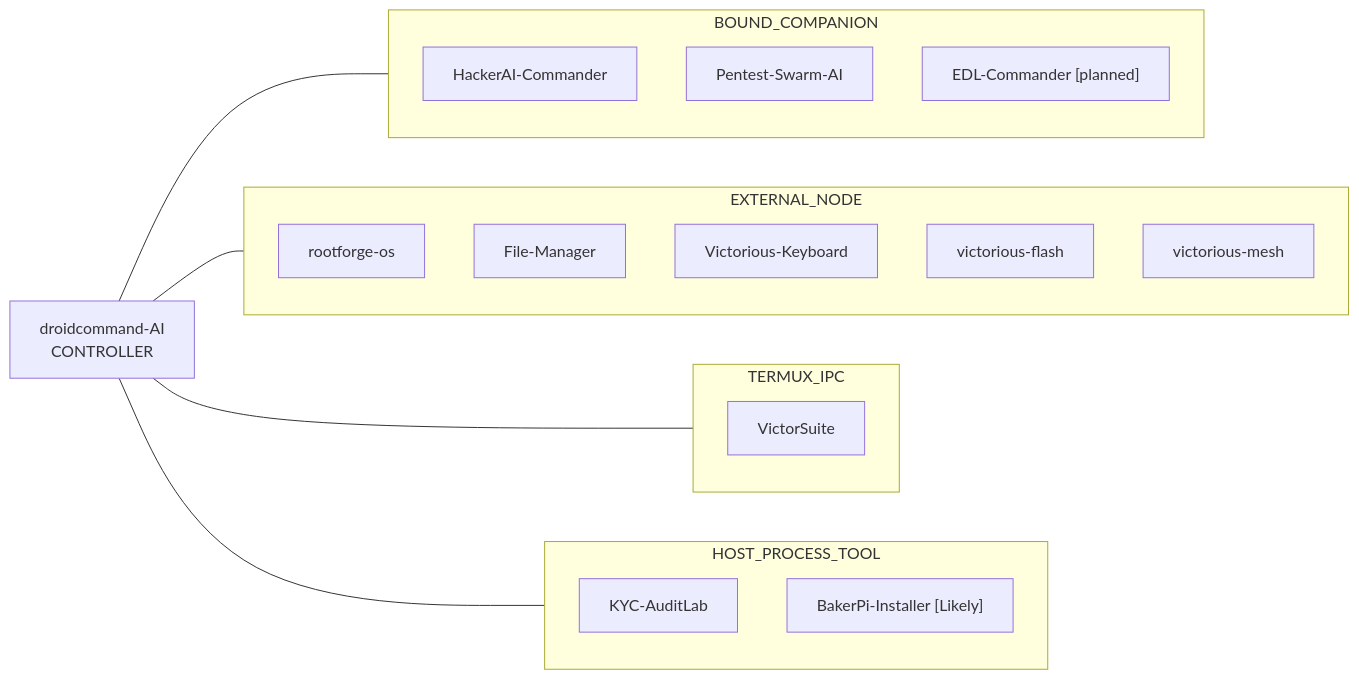
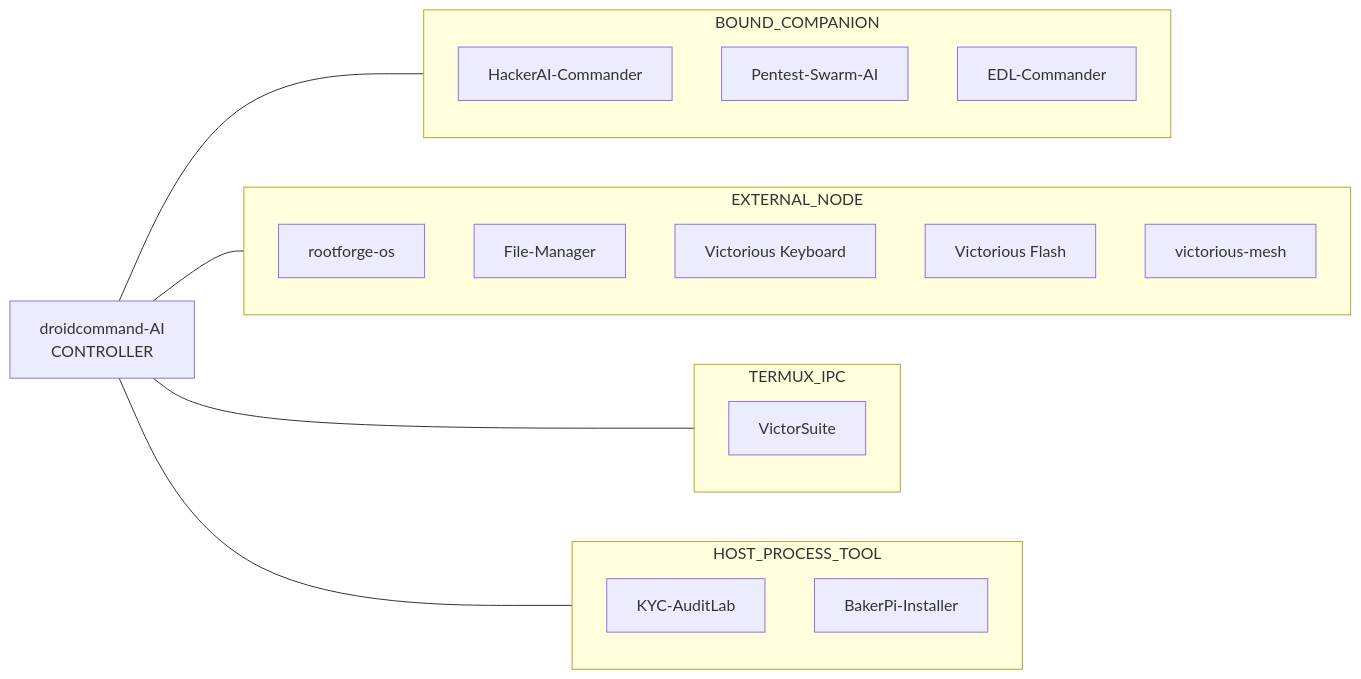
The diagram in README.md (Victorious93/Victorious93), drawn with Mermaid before and after one commit. The commit also changed other lines of this file and 4 other files, not shown here.

````diff
--- a/README.md
+++ b/README.md
@@ -24,32 +57,27 @@
 ```mermaid
 flowchart LR
   Hub["droidcommand-AI<br/>CONTROLLER"]
-
   Hub --- BC
   Hub --- EN
   Hub --- TX
   Hub --- HP
-
   subgraph BC["BOUND_COMPANION"]
     HAI["HackerAI-Commander"]
     PSA["Pentest-Swarm-AI"]
-    EDL["EDL-Commander [planned]"]
+    EDL["EDL-Commander"]
   end
-
   subgraph EN["EXTERNAL_NODE"]
     RF["rootforge-os"]
     FM["File-Manager"]
-    VK["Victorious-Keyboard"]
-    VF["victorious-flash"]
+    VK["Victorious Keyboard"]
+    VF["Victorious Flash"]
     VM["victorious-mesh"]
   end
-
   subgraph TX["TERMUX_IPC"]
     VS["VictorSuite"]
   end
-
   subgraph HP["HOST_PROCESS_TOOL"]
     KYC["KYC-AuditLab"]
-    BPI["BakerPi-Installer [Likely]"]
+    BPI["BakerPi-Installer"]
   end
 ```
````
